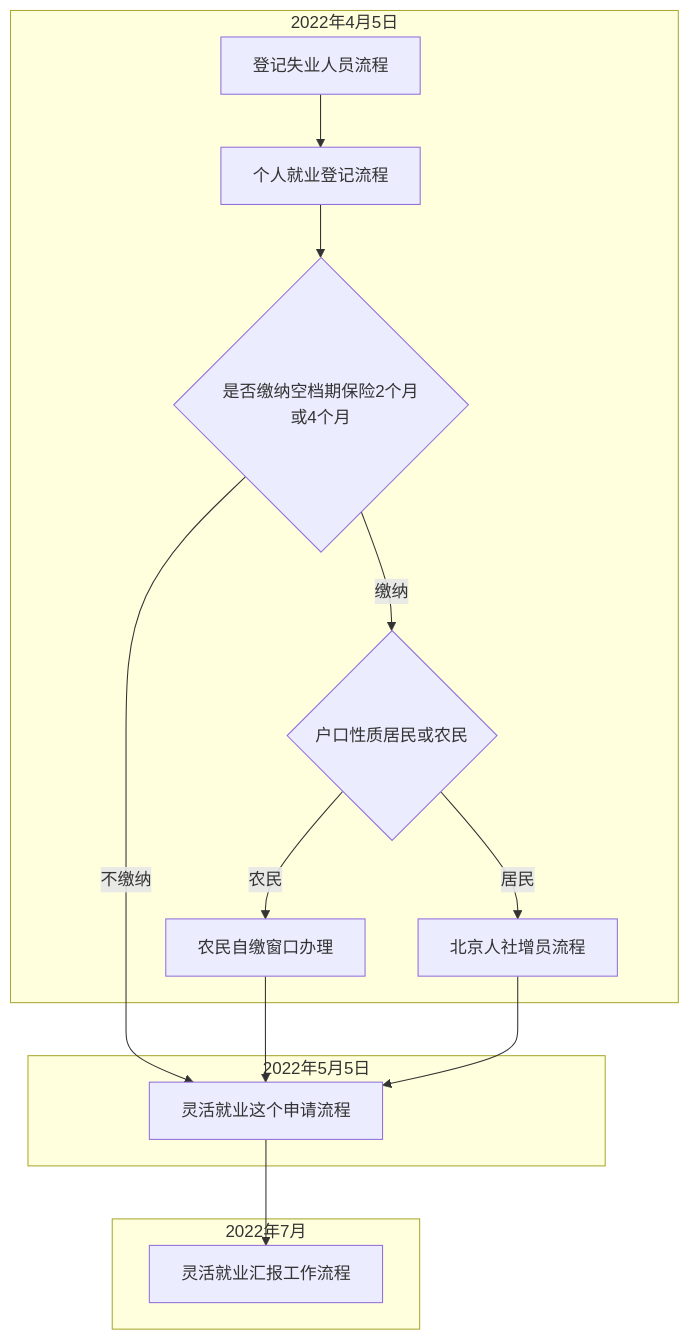
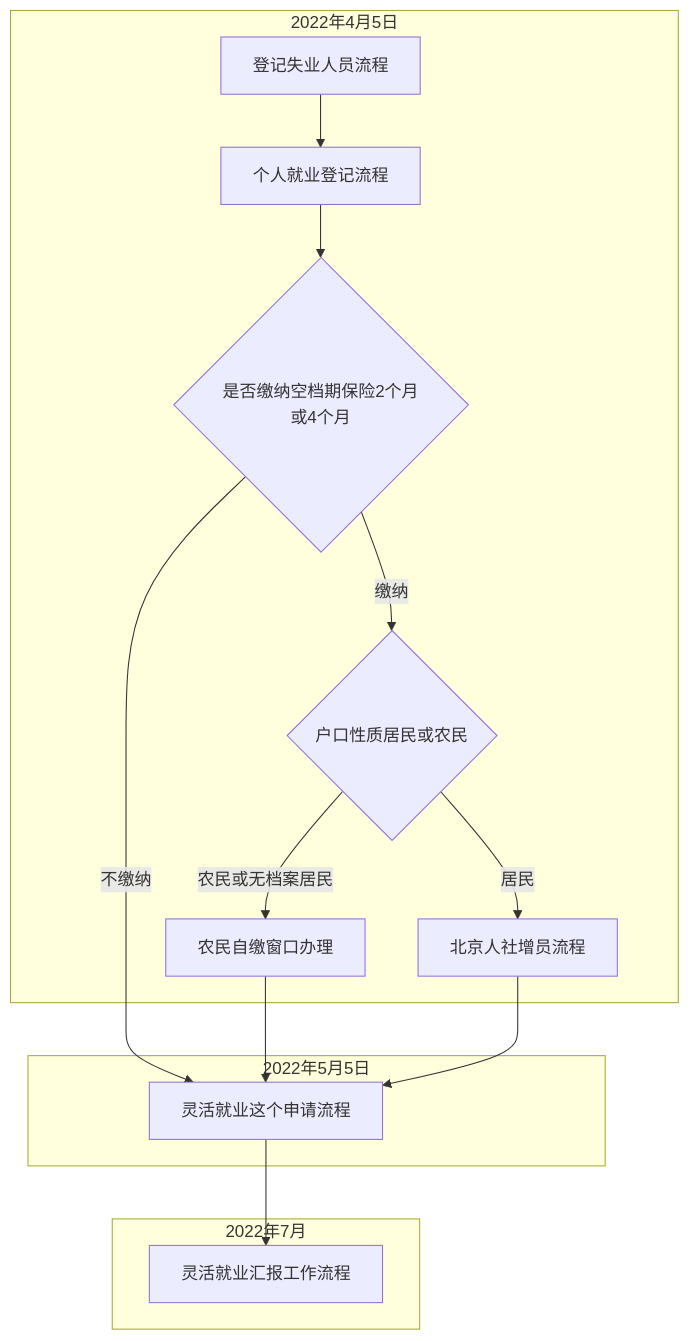
The diagram in source/_posts/灵活就业个人社会保险补贴完整流程图.md (wangkai1018/wangkai1018.github.io), drawn with Mermaid before and after one commit. The commit also changed 2 other files, not shown here.

Commit message:
更新内容

````diff
--- a/source/_posts/灵活就业个人社会保险补贴完整流程图.md
+++ b/source/_posts/灵活就业个人社会保险补贴完整流程图.md
@@ -3,20 +3,20 @@
 ```mermaid
 graph TB
 subgraph 2022年4月5日
 a[登记失业人员流程]-->b[个人就业登记流程]
 b-->z{是否缴纳空档期保险2个月或4个月}
 z -->|缴纳| y{户口性质居民或农民};
 y -->|居民| w[北京人社增员流程]
-y -->|农民| v[农民自缴窗口办理]
+y -->|农民或无档案居民| v[农民自缴窗口办理]
 end
 subgraph 2022年5月5日
 c[灵活就业这个申请流程]
 end
 subgraph 2022年7月
 d[灵活就业汇报工作流程]
 end
 z -->|不缴纳| c
 c-->d
 v-->c
 w-->c
 ```
````
